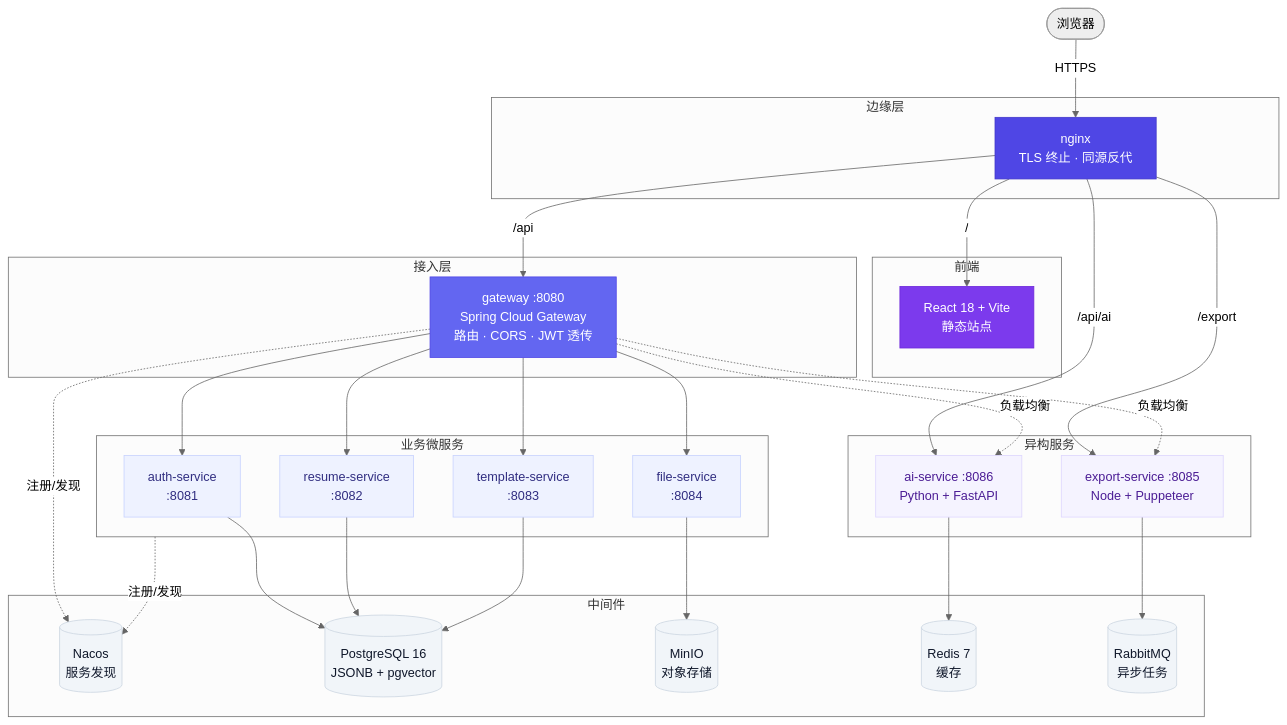
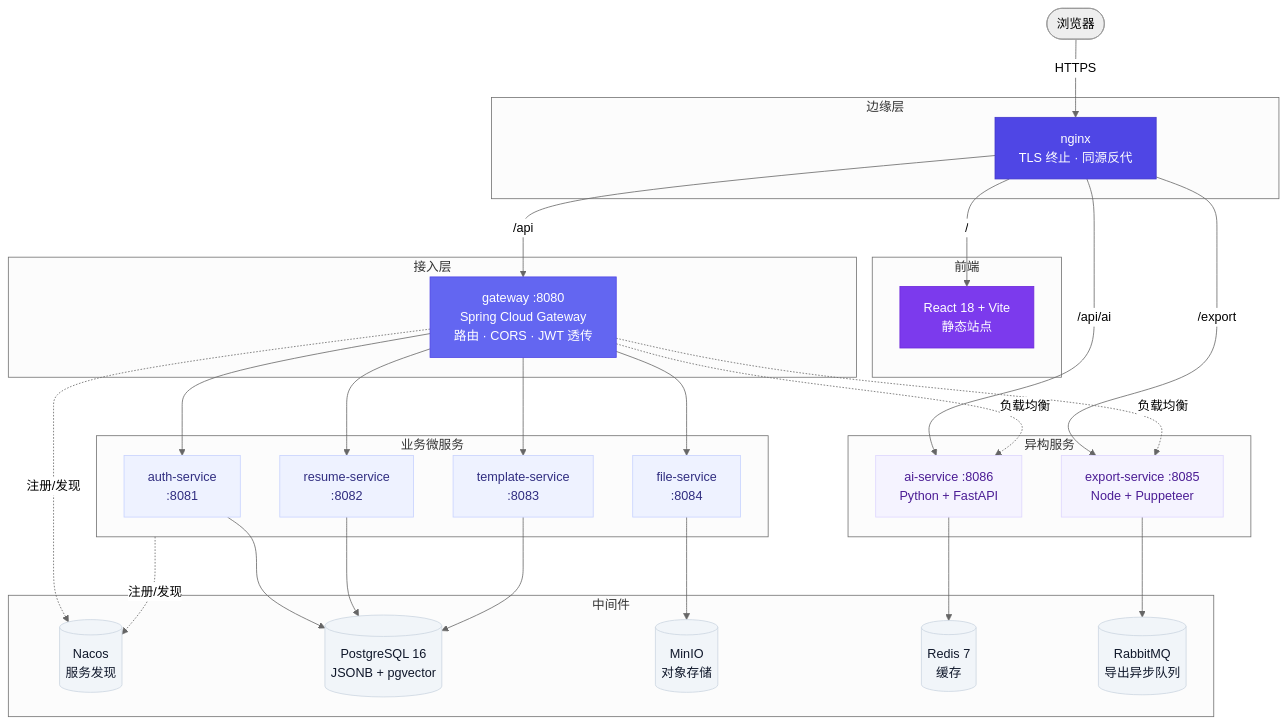
One commit to ZxlDragonDoctor/resume-assistant changed the first of 2 diagrams in README.md. Above: the diagram before and after it, drawn with Mermaid (neutral theme). The commit also changed other lines of this file and 43 other files, not shown here.

````diff
--- a/README.md
+++ b/README.md
@@ -124,66 +124,66 @@
 ```mermaid
 graph TB
     Browser(["浏览器"])
 
     subgraph Edge["边缘层"]
         NGX["nginx<br/>TLS 终止 · 同源反代"]
     end
 
     subgraph FE["前端"]
         VITE["React 18 + Vite<br/>静态站点"]
     end
 
     subgraph GW["接入层"]
         GATE["gateway :8080<br/>Spring Cloud Gateway<br/>路由 · CORS · JWT 透传"]
     end
 
     subgraph SVC["业务微服务"]
         AUTH["auth-service<br/>:8081"]
         RES["resume-service<br/>:8082"]
         TPL["template-service<br/>:8083"]
         FILE["file-service<br/>:8084"]
     end
 
     subgraph HET["异构服务"]
         EXP["export-service :8085<br/>Node + Puppeteer"]
         AI["ai-service :8086<br/>Python + FastAPI"]
     end
 
     subgraph INFRA["中间件"]
         NACOS[("Nacos<br/>服务发现")]
         PG[("PostgreSQL 16<br/>JSONB + pgvector")]
         MINIO[("MinIO<br/>对象存储")]
         REDIS[("Redis 7<br/>缓存")]
-        MQ[("RabbitMQ<br/>异步任务")]
+        MQ[("RabbitMQ<br/>导出异步队列")]
     end
 
     Browser -->|HTTPS| NGX
     NGX -->|/| VITE
     NGX -->|/api| GATE
     NGX -->|/export| EXP
     NGX -->|/api/ai| AI
 
     GATE --> AUTH & RES & TPL & FILE
     GATE -.->|负载均衡| EXP
     GATE -.->|负载均衡| AI
 
     AUTH & RES & TPL --> PG
     FILE --> MINIO
     AI --> REDIS
     EXP --> MQ
     SVC & GATE -.->|注册/发现| NACOS
 
     classDef edge fill:#4F46E5,stroke:#4338CA,color:#fff
     classDef fe fill:#7C3AED,stroke:#6D28D9,color:#fff
     classDef gw fill:#6366F1,stroke:#4F46E5,color:#fff
     classDef svc fill:#EEF2FF,stroke:#C7D2FE,color:#312E81
     classDef het fill:#F5F3FF,stroke:#DDD6FE,color:#4C1D95
     classDef infra fill:#F1F5F9,stroke:#CBD5E1,color:#0F172A
 
     class NGX edge
     class VITE fe
     class GATE gw
     class AUTH,RES,TPL,FILE svc
     class EXP,AI het
     class NACOS,PG,MINIO,REDIS,MQ infra
 ```
````
